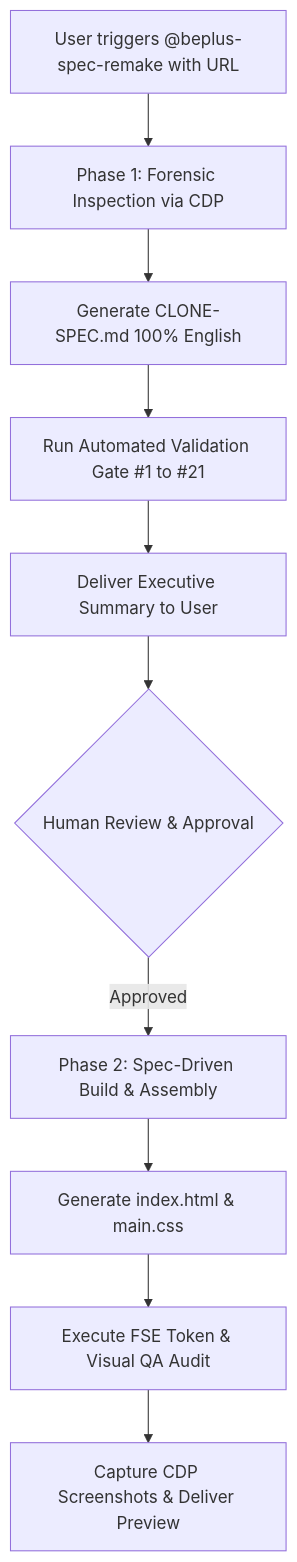
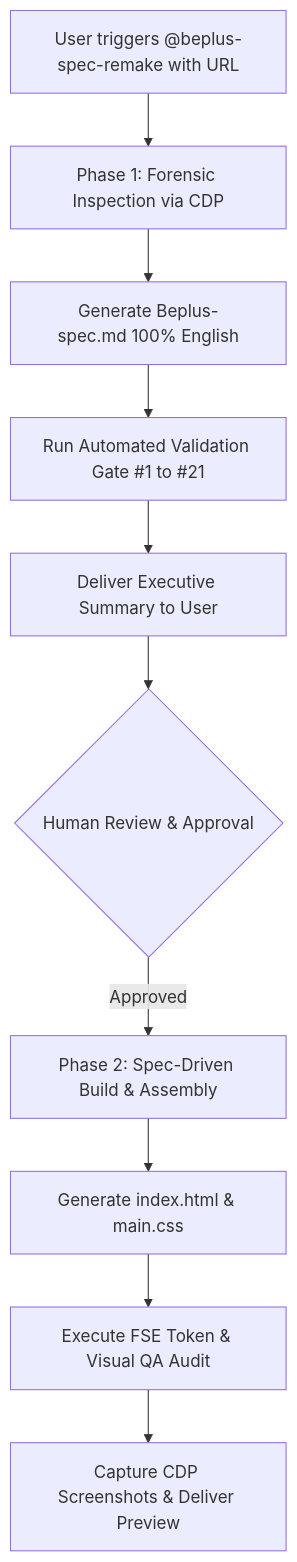
One commit to ducdung196qtr/beplus-spec-remake changed the diagram in README.md. Above: the diagram before and after it, drawn with Mermaid. The commit also changed other lines of this file and 3 other files, not shown here.

Commit message:
refactor(skill): rename specification artifact to Beplus-spec.md and adopt remake terminology

````diff
--- a/README.md
+++ b/README.md
@@ -109,12 +109,12 @@
 ```mermaid
 graph TD
     A[User triggers @beplus-spec-remake with URL] --> B[Phase 1: Forensic Inspection via CDP]
-    B --> C[Generate CLONE-SPEC.md 100% English]
+    B --> C[Generate Beplus-spec.md 100% English]
     C --> D[Run Automated Validation Gate #1 to #21]
     D --> E[Deliver Executive Summary to User]
     E --> F{Human Review & Approval}
     F -->|Approved| G[Phase 2: Spec-Driven Build & Assembly]
     G --> H[Generate index.html & main.css]
     H --> I[Execute FSE Token & Visual QA Audit]
     I --> J[Capture CDP Screenshots & Deliver Preview]
 ```
````
